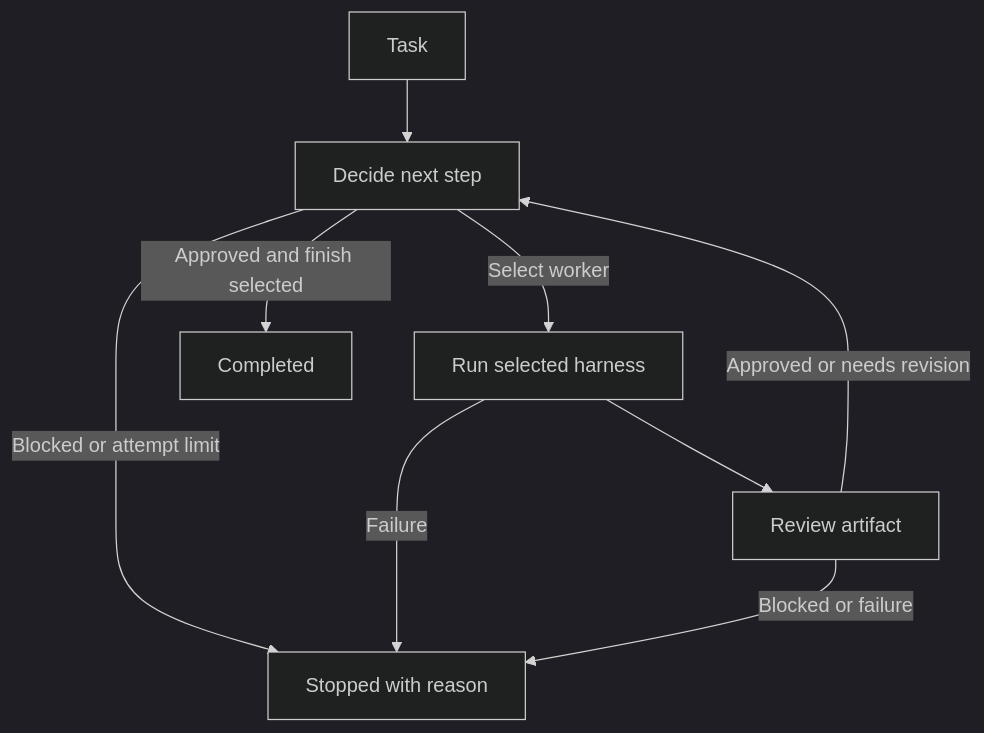
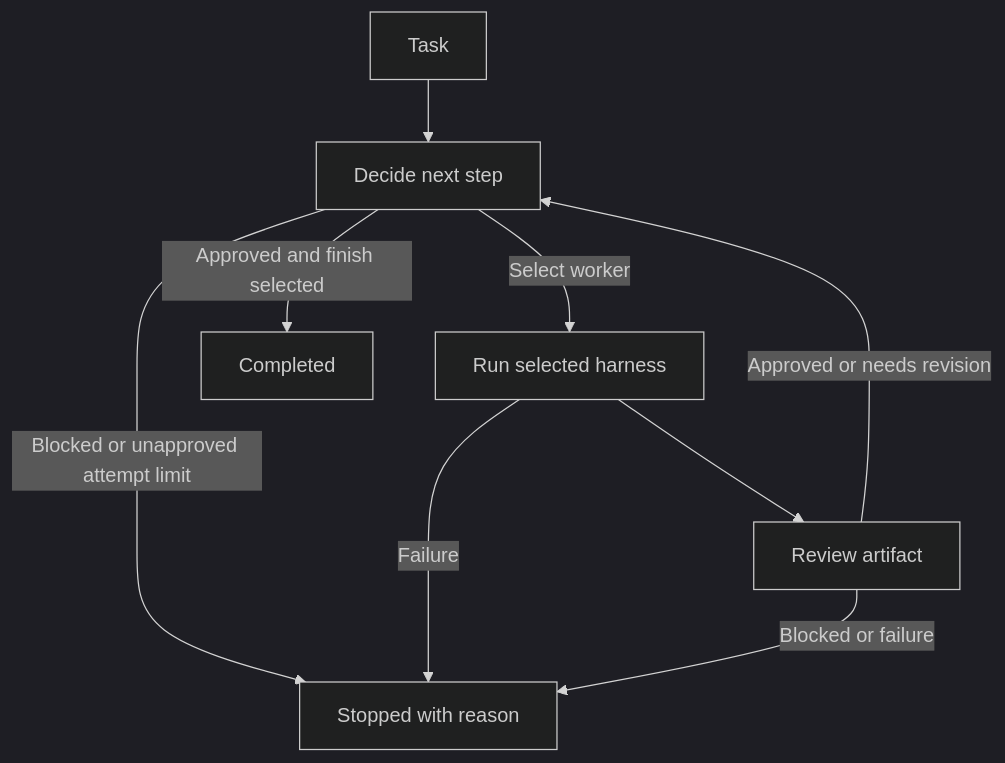
Before and after one commit to Anxiety471/Hivemind: the diagram in README.md, drawn with Mermaid (dark theme). The commit also changed other lines of this file and 17 other files, not shown here.

````diff
--- a/README.md
+++ b/README.md
@@ -21,11 +24,11 @@
 ```mermaid
 flowchart TD
     S["Task"] --> D["Decide next step"]
     D -->|Select worker| W["Run selected harness"]
     W --> R["Review artifact"]
     R -->|Approved or needs revision| D
     D -->|Approved and finish selected| E["Completed"]
-    D -->|Blocked or attempt limit| X["Stopped with reason"]
+    D -->|Blocked or unapproved attempt limit| X["Stopped with reason"]
     W -->|Failure| X
     R -->|Blocked or failure| X
 ```
````
